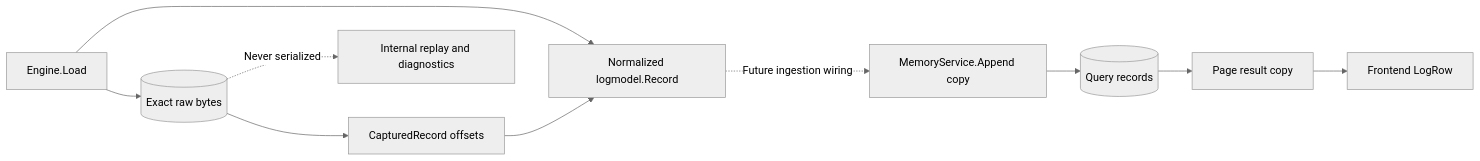
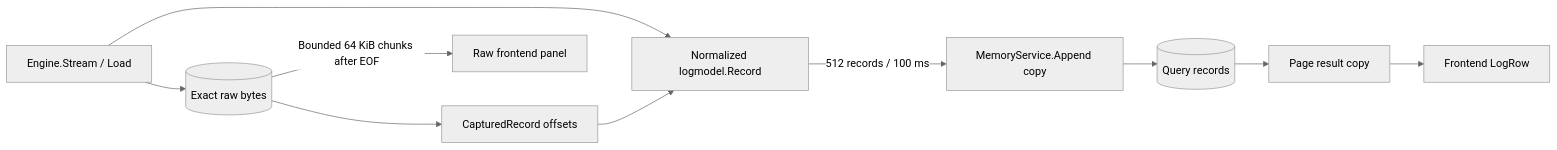
The second of 2 diagrams in .memory/parser.md (jpetroff/streamline), drawn with Mermaid (neutral theme) before and after one commit. The commit also changed other lines of this file and 29 other files, not shown here.

Commit message:
stdin ingestion parsing and display on load

````diff
--- a/.memory/parser.md
+++ b/.memory/parser.md
@@ -55,12 +51,12 @@
 ```mermaid
 flowchart LR
-  capture["Engine.Load"] --> raw[("Exact raw bytes")]
+  capture["Engine.Stream / Load"] --> raw[("Exact raw bytes")]
   capture --> entry["Normalized logmodel.Record"]
   raw --> offsets["CapturedRecord offsets"]
   offsets --> entry
-  entry -.->|"Future ingestion wiring"| append["MemoryService.Append copy"]
+  entry -->|"512 records / 100 ms"| append["MemoryService.Append copy"]
   append --> stored[("Query records")]
   stored --> page["Page result copy"]
   page --> wire["Frontend LogRow"]
-  raw -.->|"Never serialized"| internal["Internal replay and diagnostics"]
+  raw -->|"Bounded 64 KiB chunks after EOF"| browser["Raw frontend panel"]
 ```
````
